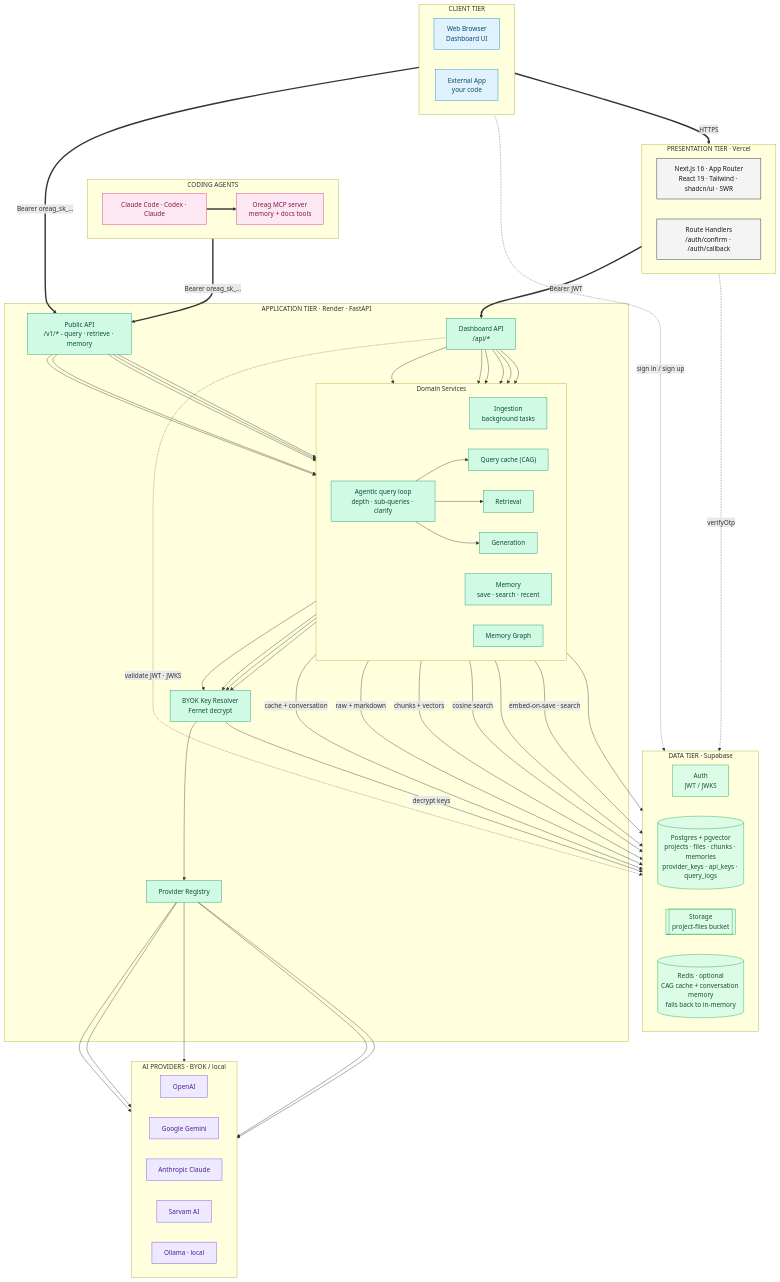
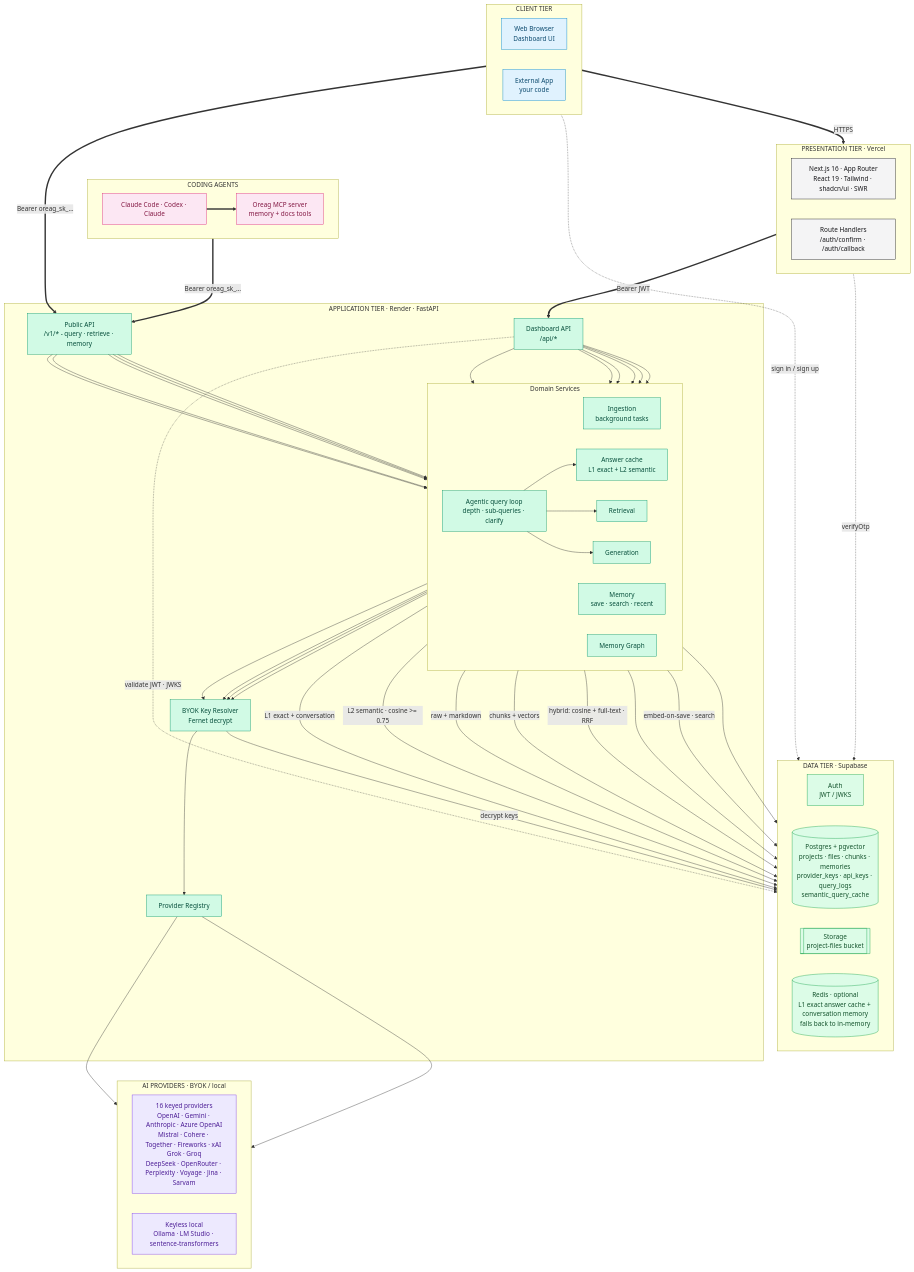
Before and after one commit to haroontrailblazer/Oreag: the first of 6 diagrams in FLOW.md, drawn with Mermaid. The commit also changed other lines of this file and 12 other files, not shown here.

````diff
--- a/FLOW.md
+++ b/FLOW.md
@@ -77,7 +77,7 @@
             Retrieve["Retrieval"]
             Generate["Generation"]
             Agentic["Agentic query loop<br/>depth · sub-queries · clarify"]
-            QCache["Query cache (CAG)"]
+            QCache["Answer cache<br/>L1 exact + L2 semantic"]
             Memory["Memory<br/>save · search · recent"]
             MemGraph["Memory Graph"]
         end
@@ -88,18 +88,15 @@
     subgraph datat["DATA TIER · Supabase"]
         direction LR
         Auth["Auth<br/>JWT / JWKS"]
-        PG[("Postgres + pgvector<br/>projects · files · chunks · memories<br/>provider_keys · api_keys · query_logs")]
+        PG[("Postgres + pgvector<br/>projects · files · chunks · memories<br/>provider_keys · api_keys · query_logs<br/>semantic_query_cache")]
         Store[["Storage<br/>project-files bucket"]]
-        Redis[("Redis · optional<br/>CAG cache + conversation memory<br/>falls back to in-memory")]
+        Redis[("Redis · optional<br/>L1 exact answer cache + conversation memory<br/>falls back to in-memory")]
     end
 
     subgraph ai["AI PROVIDERS · BYOK / local"]
         direction LR
-        OpenAI["OpenAI"]
-        Gemini["Google Gemini"]
-        Anthropic["Anthropic Claude"]
-        Sarvam["Sarvam AI"]
-        Ollama["Ollama · local"]
+        Keyed["16 keyed providers<br/>OpenAI · Gemini · Anthropic · Azure OpenAI<br/>Mistral · Cohere · Together · Fireworks · xAI Grok · Groq<br/>DeepSeek · OpenRouter · Perplexity · Voyage · Jina · Sarvam"]
+        Local["Keyless local<br/>Ollama · LM Studio · sentence-transformers"]
     end
 
     %% --- primary request paths ---
@@ -118,20 +115,21 @@
     API --> Ingest & Retrieve & Generate & Agentic & Memory & MemGraph
     PublicAPI --> Retrieve & Generate & Agentic & Memory & MemGraph
 
-    %% --- agentic query loop + CAG cache ---
+    %% --- agentic query loop + answer cache ---
     Agentic --> QCache & Retrieve & Generate
-    QCache -->|"cache + conversation"| Redis
+    QCache -->|"L1 exact + conversation"| Redis
+    QCache -->|"L2 semantic · cosine >= 0.75"| PG
 
     %% --- BYOK resolution & provider calls ---
     Ingest & Retrieve & Generate & Memory --> Resolver
     Resolver -->|"decrypt keys"| PG
     Resolver --> Registry
-    Registry --> OpenAI & Gemini & Anthropic & Sarvam & Ollama
+    Registry --> Keyed & Local
 
     %% --- data reads / writes ---
     Ingest   -->|"raw + markdown"| Store
     Ingest   -->|"chunks + vectors"| PG
-    Retrieve -->|"cosine search"| PG
+    Retrieve -->|"hybrid: cosine + full-text · RRF"| PG
     Generate --> PG
     Memory   -->|"embed-on-save · search"| PG
     MemGraph --> PG
@@ -148,5 +146,5 @@
     class Next,AuthRt tEdge
     class API,PublicAPI,Ingest,Retrieve,Generate,Agentic,QCache,Memory,MemGraph,Resolver,Registry tApp
     class Auth,PG,Store,Redis tData
-    class OpenAI,Gemini,Anthropic,Sarvam,Ollama tAI
+    class Keyed,Local tAI
 ```
````
